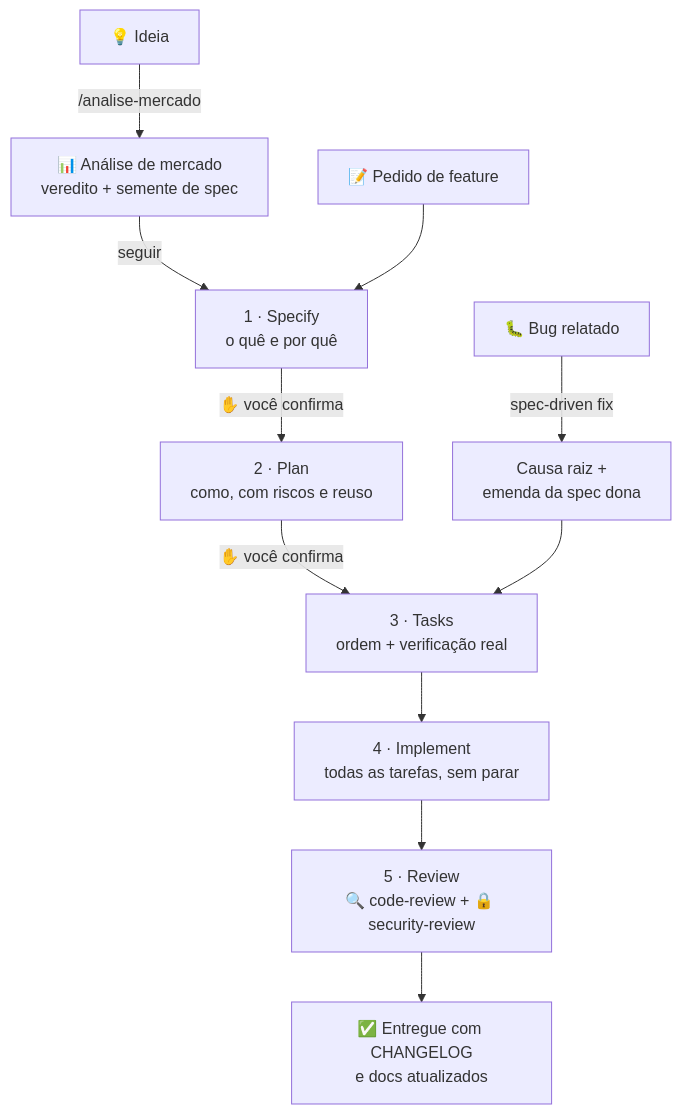
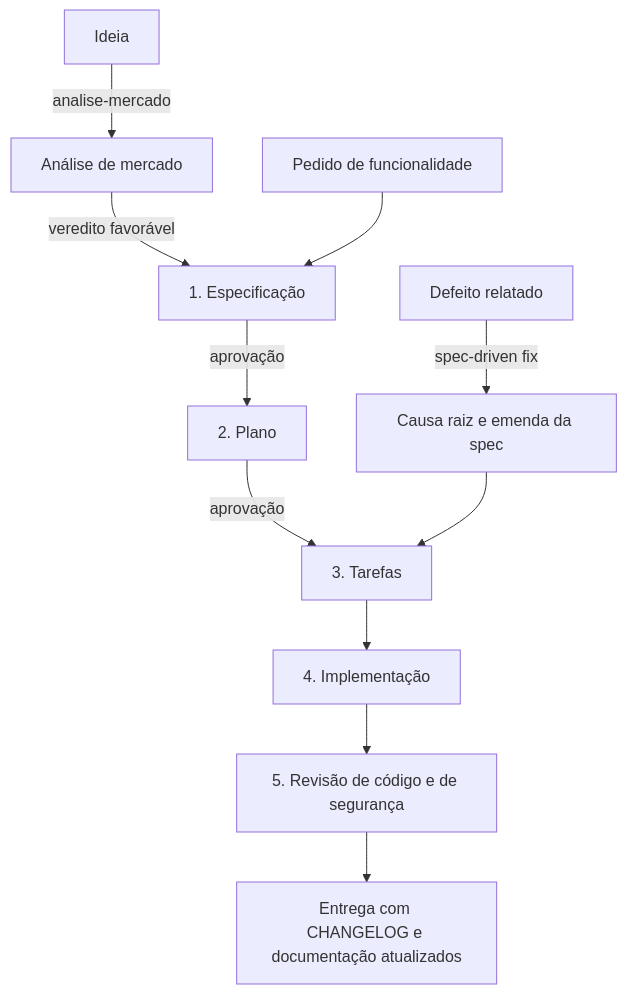
The first of 2 diagrams in README.md (LuizMafraJNR/claude-workflow), drawn with Mermaid before and after one commit. The commit also changed other lines of this file, not shown here.

Commit message:
Reescreve o README em tom técnico, sem emojis

````diff
--- a/README.md
+++ b/README.md
@@ -35,13 +34,13 @@
 ```mermaid
 flowchart TD
-    I["💡 Ideia"] -->|"/analise-mercado"| A["📊 Análise de mercado<br/>veredito + semente de spec"]
-    A -->|seguir| S
-    P["📝 Pedido de feature"] --> S["1 · Specify<br/>o quê e por quê"]
-    B["🐛 Bug relatado"] -->|"spec-driven fix"| C["Causa raiz +<br/>emenda da spec dona"]
-    S -->|"✋ você confirma"| PL["2 · Plan<br/>como, com riscos e reuso"]
-    PL -->|"✋ você confirma"| T["3 · Tasks<br/>ordem + verificação real"]
+    I[Ideia] -->|analise-mercado| A[Análise de mercado]
+    A -->|veredito favorável| S
+    P[Pedido de funcionalidade] --> S[1. Especificação]
+    B[Defeito relatado] -->|spec-driven fix| C[Causa raiz e emenda da spec]
+    S -->|aprovação| PL[2. Plano]
+    PL -->|aprovação| T[3. Tarefas]
     C --> T
-    T --> IM["4 · Implement<br/>todas as tarefas, sem parar"]
-    IM --> R["5 · Review<br/>🔍 code-review + 🔒 security-review"]
-    R --> D["✅ Entregue com CHANGELOG<br/>e docs atualizados"]
+    T --> IM[4. Implementação]
+    IM --> R[5. Revisão de código e de segurança]
+    R --> D[Entrega com CHANGELOG e documentação atualizados]
 ```
````
